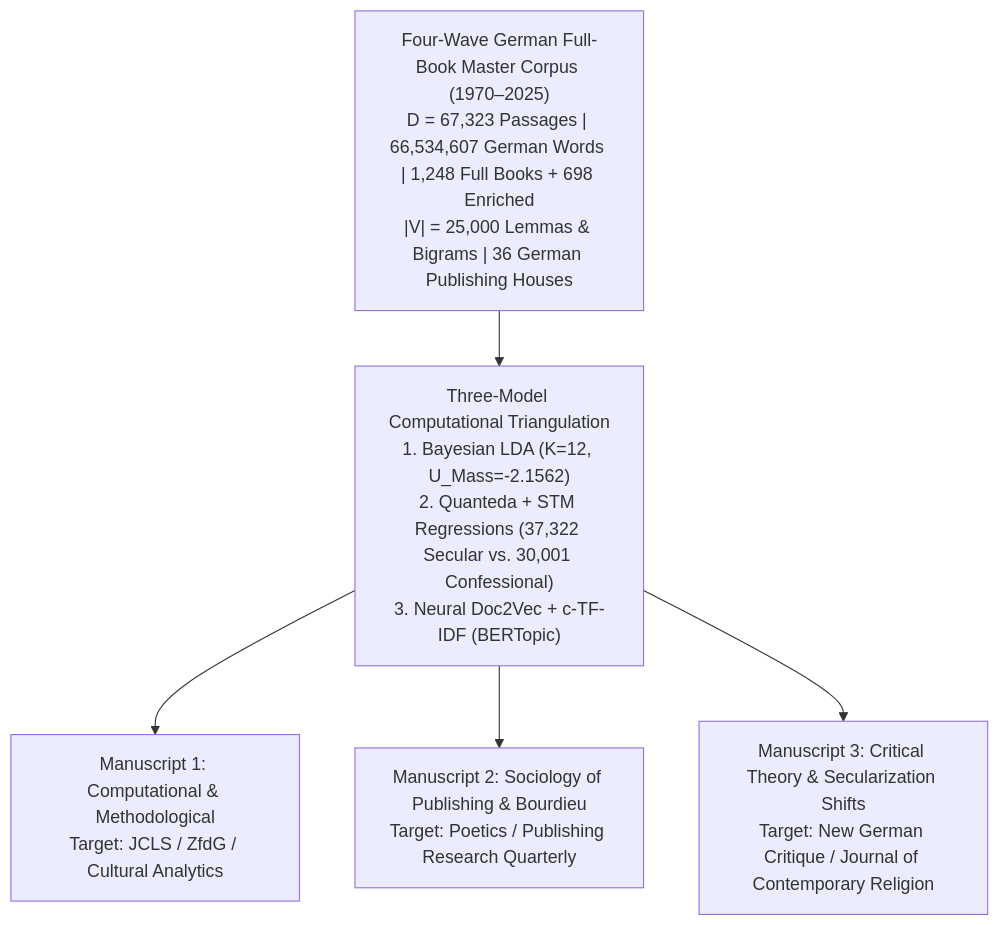
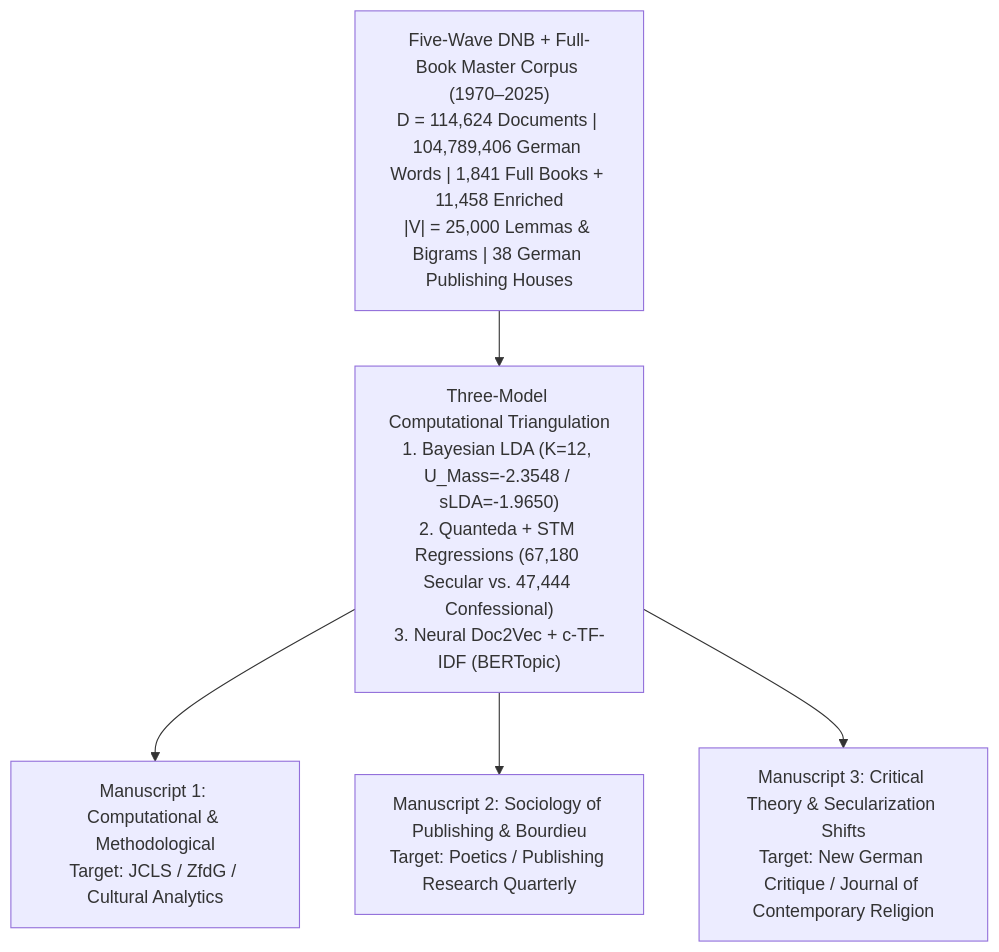
The diagram in docs/JOURNAL_SUBMISSION_STRATEGY.md (metachasm-beep/Deutsche-Verlage-LDA), drawn with Mermaid before and after one commit. The commit also changed other lines of this file and 20 other files, not shown here.

Commit message:
feat(corpus): complete Wave-5 DNB full-scale harvest (114,624 docs, ~104.79M words, 5 shards) and update analytics/chapters

````diff
--- a/docs/JOURNAL_SUBMISSION_STRATEGY.md
+++ b/docs/JOURNAL_SUBMISSION_STRATEGY.md
@@ -14,10 +14,10 @@
 ```mermaid
 flowchart TD
-    Corpus["Four-Wave German Full-Book Master Corpus (1970–2025)\nD = 67,323 Passages | 66,534,607 German Words | 1,248 Full Books + 698 Enriched\n|V| = 25,000 Lemmas & Bigrams | 36 German Publishing Houses"]
-    Pipeline["Three-Model Computational Triangulation\n1. Bayesian LDA (K=12, U_Mass=-2.1562)\n2. Quanteda + STM Regressions (37,322 Secular vs. 30,001 Confessional)\n3. Neural Doc2Vec + c-TF-IDF (BERTopic)"]
+    Corpus["Five-Wave DNB + Full-Book Master Corpus (1970–2025)\nD = 114,624 Documents | 104,789,406 German Words | 1,841 Full Books + 11,458 Enriched\n|V| = 25,000 Lemmas & Bigrams | 38 German Publishing Houses"]
+    Pipeline["Three-Model Computational Triangulation\n1. Bayesian LDA (K=12, U_Mass=-2.3548 / sLDA=-1.9650)\n2. Quanteda + STM Regressions (67,180 Secular vs. 47,444 Confessional)\n3. Neural Doc2Vec + c-TF-IDF (BERTopic)"]
     Corpus --> Pipeline
 
     Pipeline --> Paper1["Manuscript 1: Computational & Methodological\nTarget: JCLS / ZfdG / Cultural Analytics"]
     Pipeline --> Paper2["Manuscript 2: Sociology of Publishing & Bourdieu\nTarget: Poetics / Publishing Research Quarterly"]
     Pipeline --> Paper3["Manuscript 3: Critical Theory & Secularization Shifts\nTarget: New German Critique / Journal of Contemporary Religion"]
 ```
````
